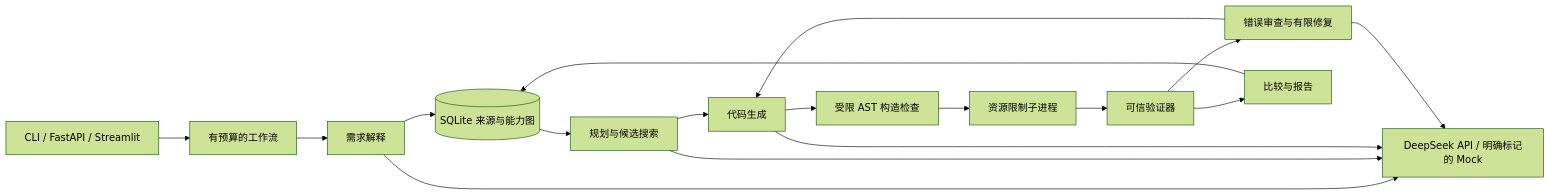
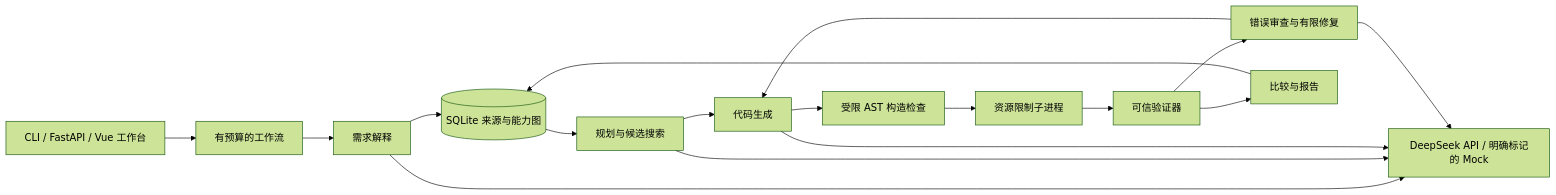
One commit to dengdeng55525/axiomforge changed the diagram in README.md. Above: the diagram before and after it, drawn with Mermaid (forest theme). The commit also changed other lines of this file and 9 other files, not shown here.

```diff
--- a/README.md
+++ b/README.md
@@ -85,19 +99,19 @@
 ~~~mermaid
 flowchart LR
-  U[CLI / FastAPI / Streamlit] --> W[有预算的工作流]
+  U[CLI / FastAPI / Vue 工作台] --> W[有预算的工作流]
   W --> I[需求解释]
   I --> K[(SQLite 来源与能力图)]
   K --> P[规划与候选搜索]
   P --> C[代码生成]
   C --> A[受限 AST 构造检查]
   A --> X[资源限制子进程]
   X --> V[可信验证器]
   V --> R[错误审查与有限修复]
   R --> C
   V --> H[比较与报告]
   H --> K
   I --> L[DeepSeek API / 明确标记的 Mock]
   P --> L
   C --> L
   R --> L
 ~~~
```
